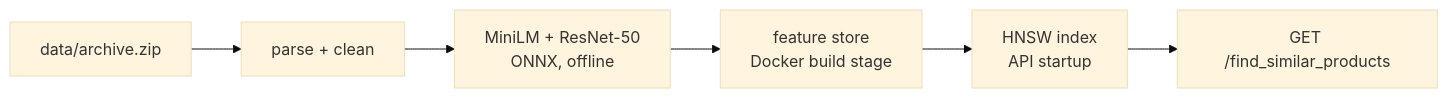
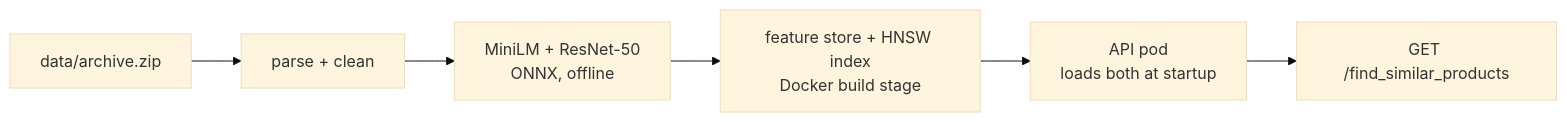
The diagram in README.md (FairosMirza/sap-cxii-tech-ex-01_base), drawn with Mermaid (base theme) before and after one commit. The commit also changed other lines of this file and 8 other files, not shown here.

First line of the commit message:
Build the HNSW index at image build time to fix pod restart loops

````diff
--- a/README.md
+++ b/README.md
@@ -92,8 +92,8 @@
 ```mermaid
 flowchart LR
   A["data/archive.zip"] --> B["parse + clean"]
   B --> C["MiniLM + ResNet-50<br/>ONNX, offline"]
-  C --> D["feature store<br/>Docker build stage"]
-  D --> E["HNSW index<br/>API startup"]
+  C --> D["feature store + HNSW index<br/>Docker build stage"]
+  D --> E["API pod<br/>loads both at startup"]
   E --> F["GET /find_similar_products"]
 ```
````
